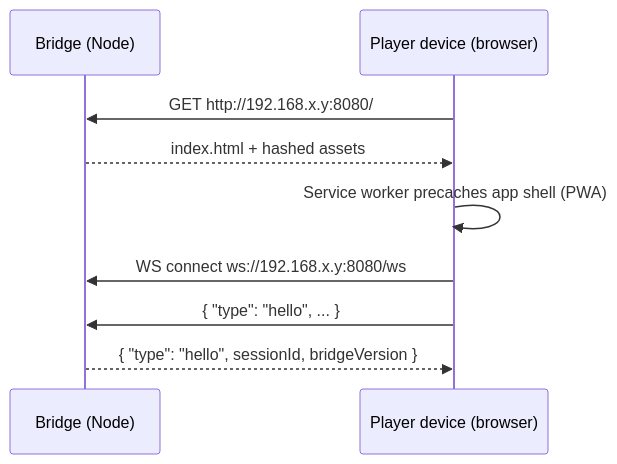
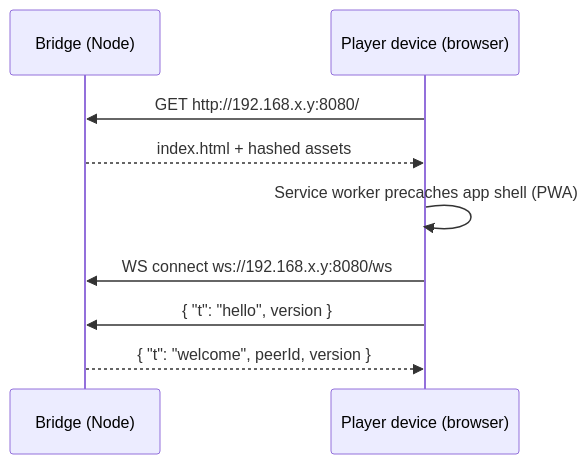
The first of 4 diagrams in docs/networking.md (05cyrus/Aerocade), drawn with Mermaid before and after one commit. The commit also changed other lines of this file and 32 other files, not shown here.

````diff
--- a/docs/networking.md
+++ b/docs/networking.md
@@ -41,11 +41,11 @@
 ```mermaid
 sequenceDiagram
     participant B as Bridge (Node)
     participant P as Player device (browser)
     P->>B: GET http://192.168.x.y:8080/
     B-->>P: index.html + hashed assets
     P->>P: Service worker precaches app shell (PWA)
     P->>B: WS connect ws://192.168.x.y:8080/ws
-    P->>B: { "type": "hello", ... }
-    B-->>P: { "type": "hello", sessionId, bridgeVersion }
+    P->>B: { "t": "hello", version }
+    B-->>P: { "t": "welcome", peerId, version }
 ```
````
